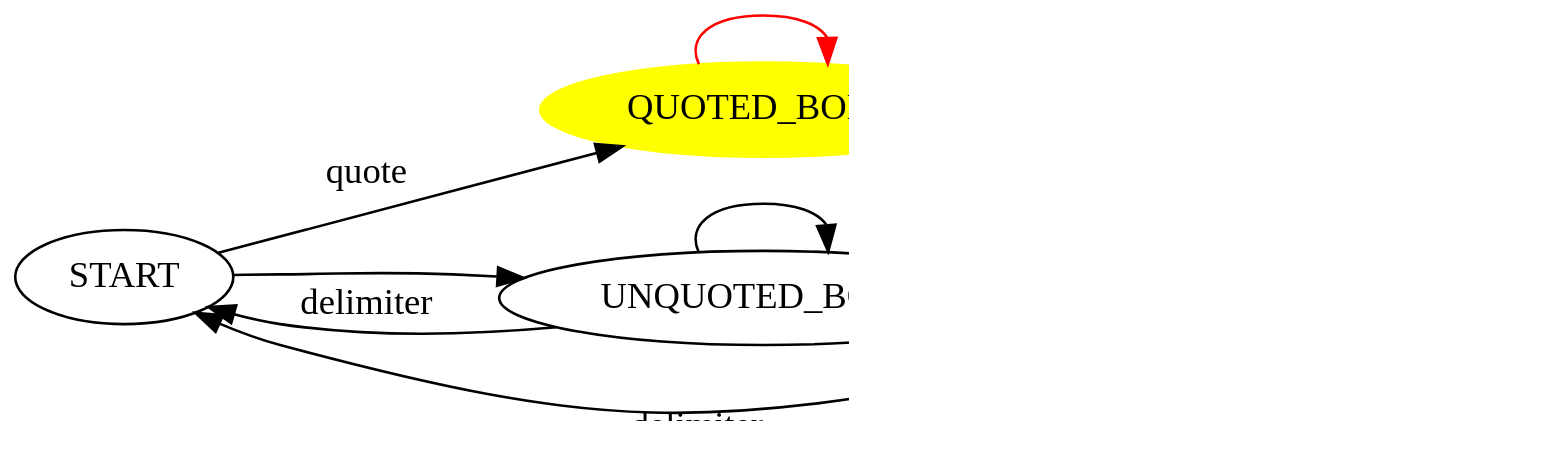
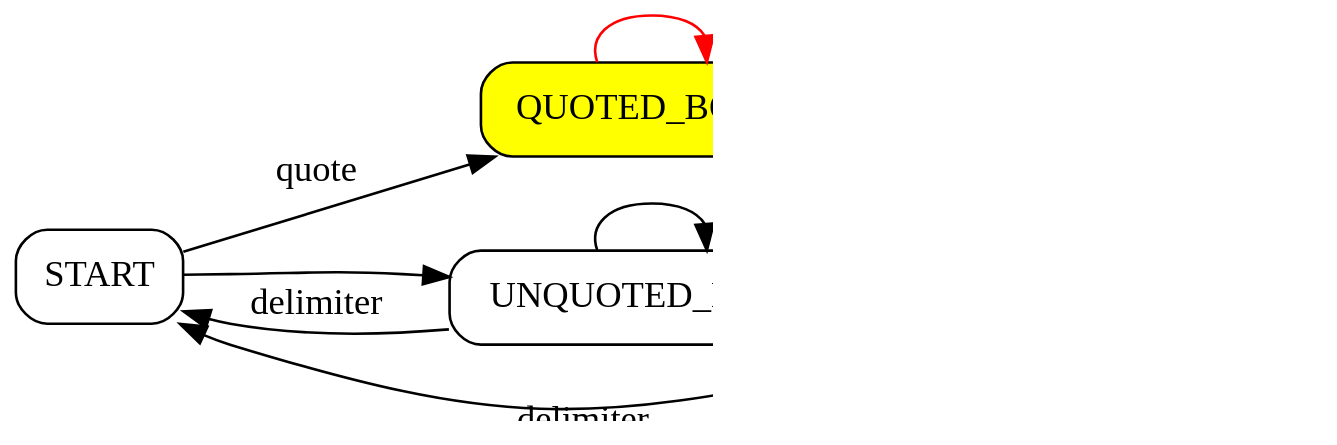
Before and after one commit to inponomarev/java-mipt: the third of 8 diagrams in slides05/src/main/asciidoc/lecture.adoc, drawn with Graphviz. The commit also changed other lines of this file and 2 other files, not shown here.

```diff
--- a/slides05/src/main/asciidoc/lecture.adoc
+++ b/slides05/src/main/asciidoc/lecture.adoc
@@ -185,16 +186,17 @@
-[graphviz, "quoted_body.png"]
+[graphviz,quoted_body]
 ----
 digraph G {
   graph [ dpi = 140 ];
+  node[shape=block, style="rounded"];
   rankdir="LR";
   START -> QUOTED_BODY [label="quote"];
-  QUOTED_BODY [style="filled",color="yellow", fillcolor="yellow"]
+  QUOTED_BODY [style="rounded,filled", fillcolor="yellow"]
   QUOTED_BODY -> QUOTE_READ [label="quote", color="red"];
   QUOTED_BODY -> QUOTED_BODY [label = "", color="red"];
   QUOTE_READ -> QUOTED_BODY [label="quote"];
   START -> UNQUOTED_BODY;
   UNQUOTED_BODY -> UNQUOTED_BODY;
   QUOTE_READ -> START [xlabel="delimiter"]
   UNQUOTED_BODY -> START [label="delimiter"]
 }
 ----
```
